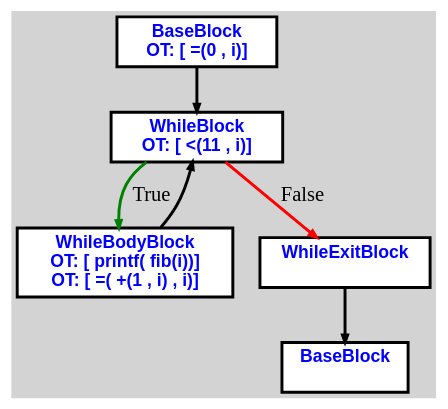
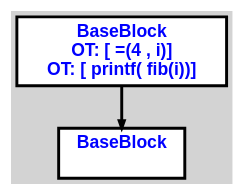
The diagram in cpoCompilerWin/input2.txt.main.dot (aveen007/CountingMonkeys), drawn with Graphviz before and after one commit. The commit also changed 20 other files, not shown here.

```diff
--- a/cpoCompilerWin/input2.txt.main.dot
+++ b/cpoCompilerWin/input2.txt.main.dot
@@ -1,21 +1,12 @@
 digraph G {
 ordering=out;
 ranksep=.4;
 bgcolor="lightgrey";  node [shape=box, fixedsize=false, fontsize=12, fontname="Helvetica-bold", fontcolor="blue"
 width=.25, height=.25, color="black", fillcolor="white", style="filled, solid, bold"];
 
-edge [arrowsize=.5, color="black", style="bold"]    n000011EC12C24520 [label="BaseBlock\n OT: [ =(0 , i)]
+edge [arrowsize=.5, color="black", style="bold"]    n000011F3F7A241C0 [label="BaseBlock\n OT: [ =(4 , i)]
+OT: [ printf( fib(i))]
 "]
-    n000011EC12C24580 [label="WhileBlock\n OT: [ <(11 , i)]
-"]
-    n000011EC12C24520 -> n000011EC12C24580
-	   n000011EC12C24580 -> n000011EC12C245E0 [ label = "True" color="green"]
-    n000011EC12C245E0 [label="WhileBodyBlock\n OT: [ printf( fib(i))]
-OT: [ =( +(1 , i) , i)]
-"]
-    n000011EC12C245E0 -> n000011EC12C24580
-	   n000011EC12C24580 -> n000011EC12C24640 [ label = "False" color="red"]
-    n000011EC12C24640 [label="WhileExitBlock\n "]
-    n000011EC12C246A0 [label="BaseBlock\n "]
-    n000011EC12C24640 -> n000011EC12C246A0
+    n000011F3F7A24220 [label="BaseBlock\n "]
+    n000011F3F7A241C0 -> n000011F3F7A24220
 }
```
